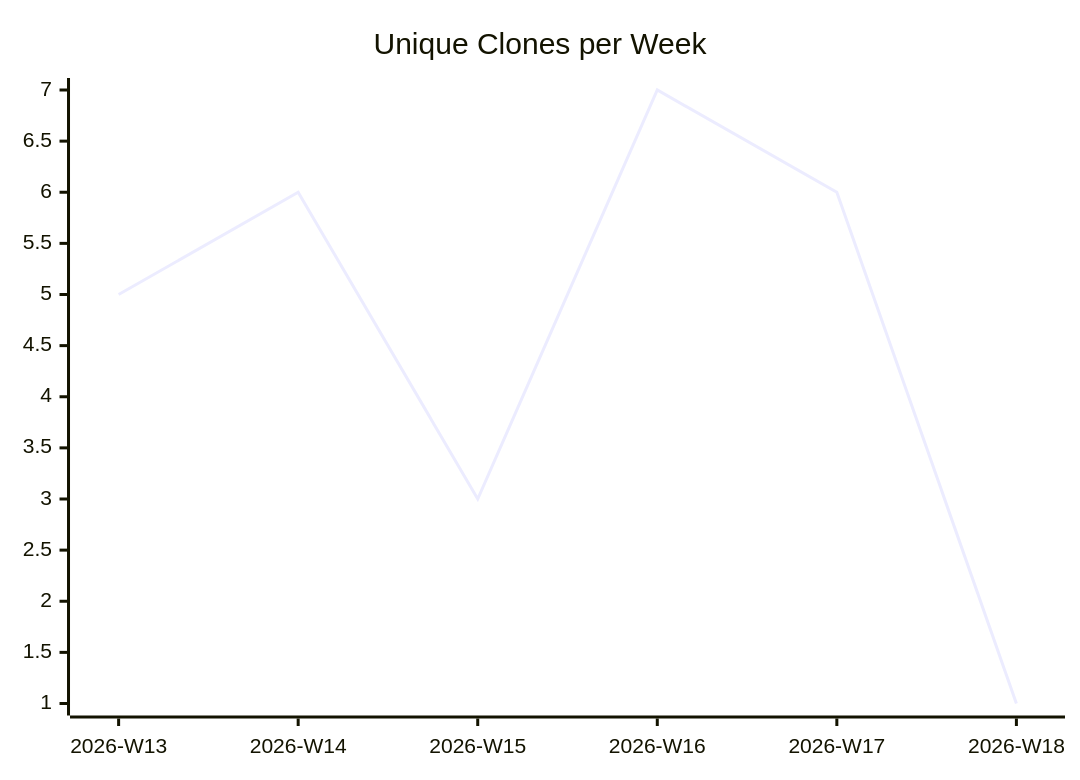
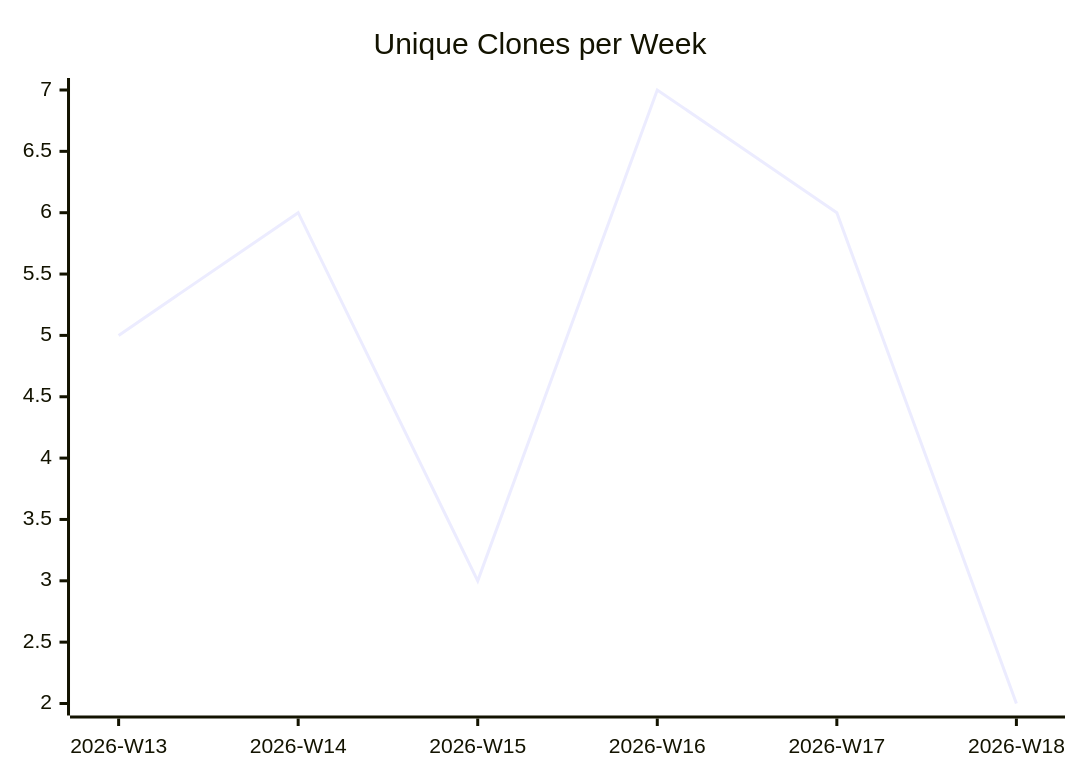
The third of 3 diagrams in karlmdavis/kxml2/README.md (justdavis-family/github-analytics-data), drawn with Mermaid before and after one commit. The commit also changed other lines of this file and 185 other files, not shown here.

````diff
--- a/karlmdavis/kxml2/README.md
+++ b/karlmdavis/kxml2/README.md
@@ -19,6 +19,6 @@
 ```mermaid
 xychart-beta
   title "Unique Clones per Week"
   x-axis ["2026-W13", "2026-W14", "2026-W15", "2026-W16", "2026-W17", "2026-W18"]
-  line [5, 6, 3, 7, 6, 1]
+  line [5, 6, 3, 7, 6, 2]
 ```
````
